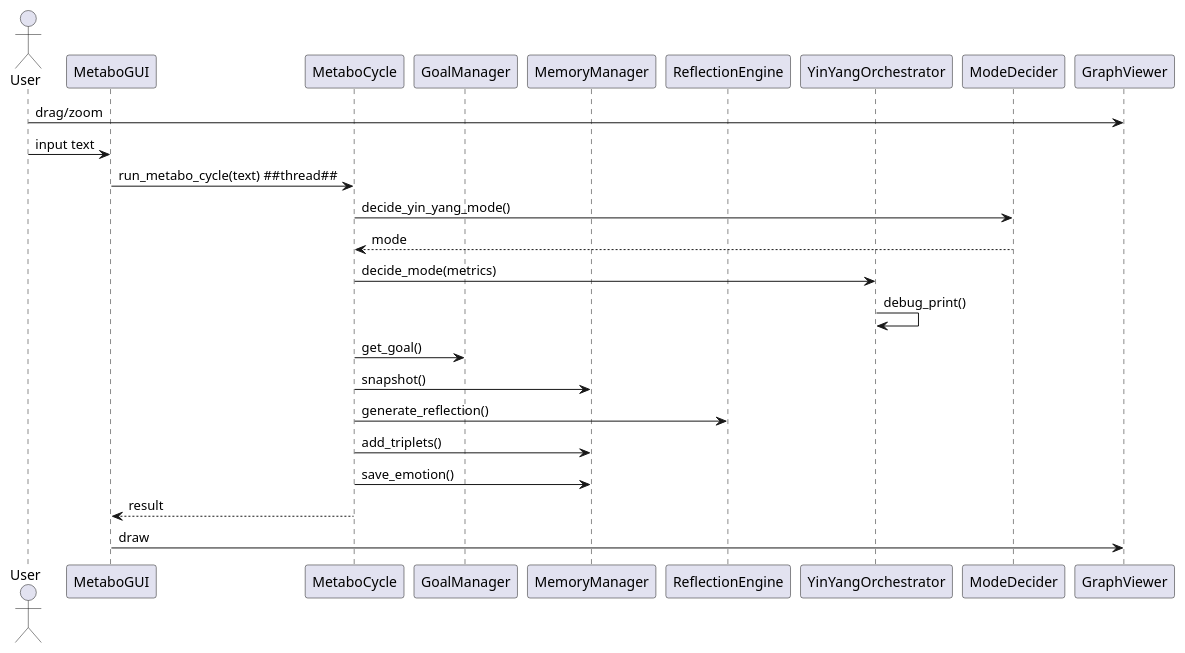
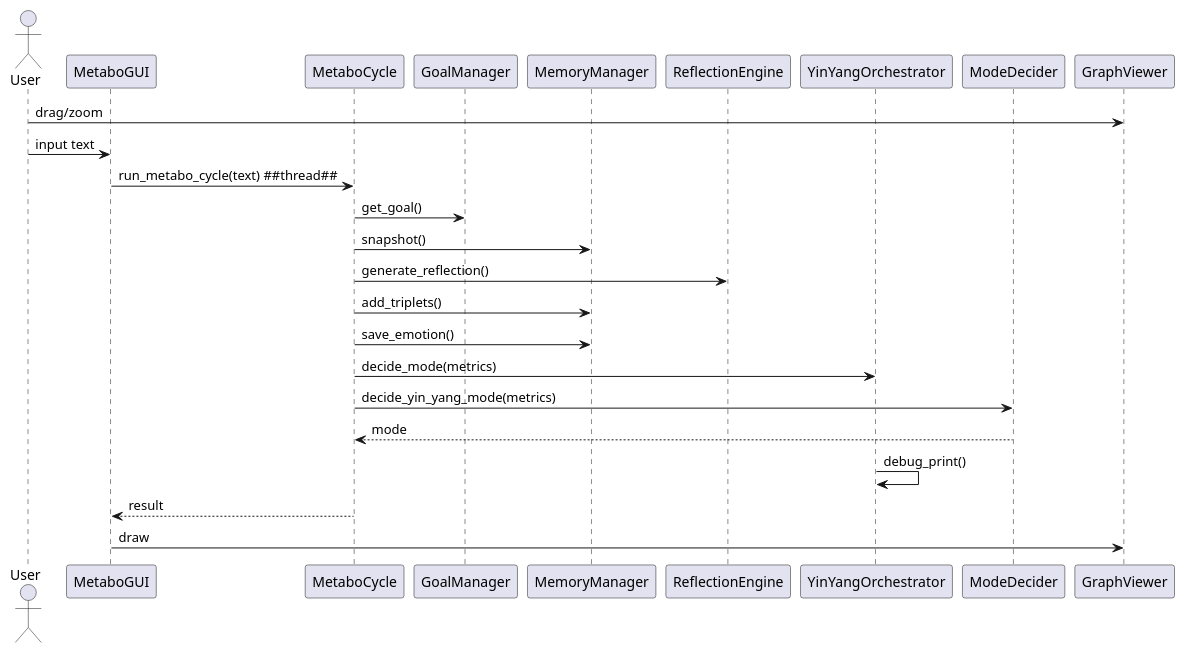
The diagram in doc/diagrams/sequence_diagram.puml (marcusreimold/MetaboMind), drawn with PlantUML before and after one commit. The commit also changed 2 other files, not shown here.

Commit message:
Fix emotion passing to mode controller

```diff
--- a/doc/diagrams/sequence_diagram.puml
+++ b/doc/diagrams/sequence_diagram.puml
@@ -1,26 +1,26 @@
 @startuml
-'/' Updated after adding requirements.txt
+'/ updated after emotion-mode fix
 actor User
 participant MetaboGUI
 participant MetaboCycle
 participant GoalManager
 participant MemoryManager
 participant ReflectionEngine
 participant YinYangOrchestrator
 participant ModeDecider
 participant GraphViewer
 User -> GraphViewer: drag/zoom
 User -> MetaboGUI: input text
 MetaboGUI -> MetaboCycle: run_metabo_cycle(text) ##thread##
-MetaboCycle -> ModeDecider: decide_yin_yang_mode()
-ModeDecider --> MetaboCycle: mode
-MetaboCycle -> YinYangOrchestrator: decide_mode(metrics)
-YinYangOrchestrator -> YinYangOrchestrator: debug_print()
 MetaboCycle -> GoalManager: get_goal()
 MetaboCycle -> MemoryManager: snapshot()
 MetaboCycle -> ReflectionEngine: generate_reflection()
 MetaboCycle -> MemoryManager: add_triplets()
 MetaboCycle -> MemoryManager: save_emotion()
+MetaboCycle -> YinYangOrchestrator: decide_mode(metrics)
+MetaboCycle -> ModeDecider: decide_yin_yang_mode(metrics)
+ModeDecider --> MetaboCycle: mode
+YinYangOrchestrator -> YinYangOrchestrator: debug_print()
 MetaboCycle --> MetaboGUI: result
 MetaboGUI -> GraphViewer: draw
 @enduml
```
